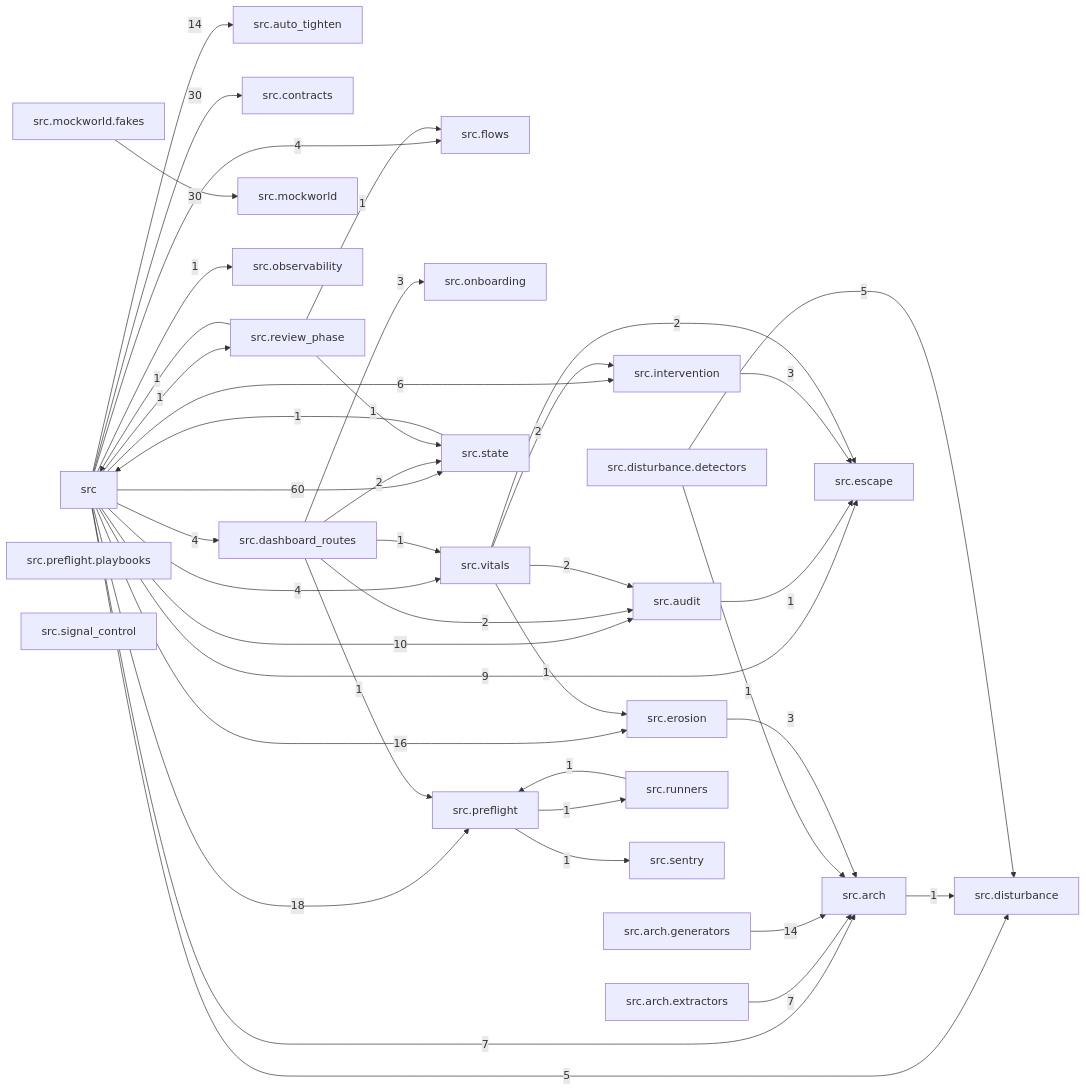
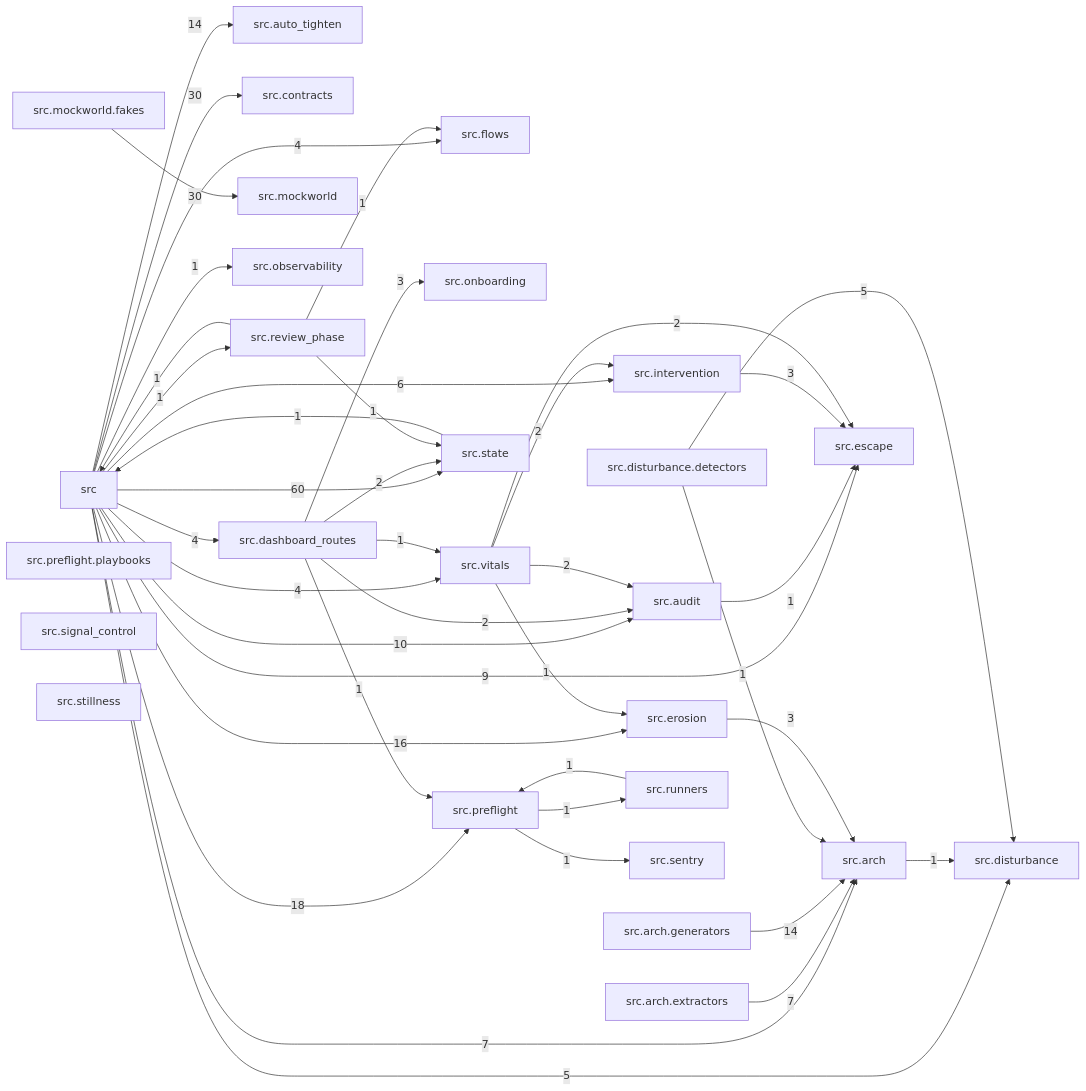
Before and after one commit to T-rav/hydraflow: the diagram in docs/arch/generated/modules.md, drawn with Mermaid. The commit also changed 8 other files, not shown here.

````diff
--- a/docs/arch/generated/modules.md
+++ b/docs/arch/generated/modules.md
@@ -7,69 +7,70 @@
 ```mermaid
 graph LR
     src["src"]
     src_arch["src.arch"]
     src_arch_extractors["src.arch.extractors"]
     src_arch_generators["src.arch.generators"]
     src_audit["src.audit"]
     src_auto_tighten["src.auto_tighten"]
     src_contracts["src.contracts"]
     src_dashboard_routes["src.dashboard_routes"]
     src_disturbance["src.disturbance"]
     src_disturbance_detectors["src.disturbance.detectors"]
     src_erosion["src.erosion"]
     src_escape["src.escape"]
     src_flows["src.flows"]
     src_intervention["src.intervention"]
     src_mockworld["src.mockworld"]
     src_mockworld_fakes["src.mockworld.fakes"]
     src_observability["src.observability"]
     src_onboarding["src.onboarding"]
     src_preflight["src.preflight"]
     src_preflight_playbooks["src.preflight.playbooks"]
     src_review_phase["src.review_phase"]
     src_runners["src.runners"]
     src_sentry["src.sentry"]
     src_signal_control["src.signal_control"]
     src_state["src.state"]
+    src_stillness["src.stillness"]
     src_vitals["src.vitals"]
     src -- "7" --> src_arch
     src -- "10" --> src_audit
     src -- "14" --> src_auto_tighten
     src -- "30" --> src_contracts
     src -- "4" --> src_dashboard_routes
     src -- "5" --> src_disturbance
     src -- "16" --> src_erosion
     src -- "9" --> src_escape
     src -- "4" --> src_flows
     src -- "6" --> src_intervention
     src -- "1" --> src_observability
     src -- "18" --> src_preflight
     src -- "1" --> src_review_phase
     src -- "60" --> src_state
     src -- "4" --> src_vitals
     src_arch -- "1" --> src_disturbance
     src_arch_extractors -- "7" --> src_arch
     src_arch_generators -- "14" --> src_arch
     src_audit -- "1" --> src_escape
     src_dashboard_routes -- "2" --> src_audit
     src_dashboard_routes -- "3" --> src_onboarding
     src_dashboard_routes -- "1" --> src_preflight
     src_dashboard_routes -- "2" --> src_state
     src_dashboard_routes -- "1" --> src_vitals
     src_disturbance_detectors -- "1" --> src_arch
     src_disturbance_detectors -- "5" --> src_disturbance
     src_erosion -- "3" --> src_arch
     src_intervention -- "3" --> src_escape
     src_mockworld_fakes -- "30" --> src_mockworld
     src_preflight -- "1" --> src_runners
     src_preflight -- "1" --> src_sentry
     src_review_phase -- "1" --> src
     src_review_phase -- "1" --> src_flows
     src_review_phase -- "1" --> src_state
     src_runners -- "1" --> src_preflight
     src_state -- "1" --> src
     src_vitals -- "2" --> src_audit
     src_vitals -- "1" --> src_erosion
     src_vitals -- "2" --> src_escape
     src_vitals -- "2" --> src_intervention
 ```
````
